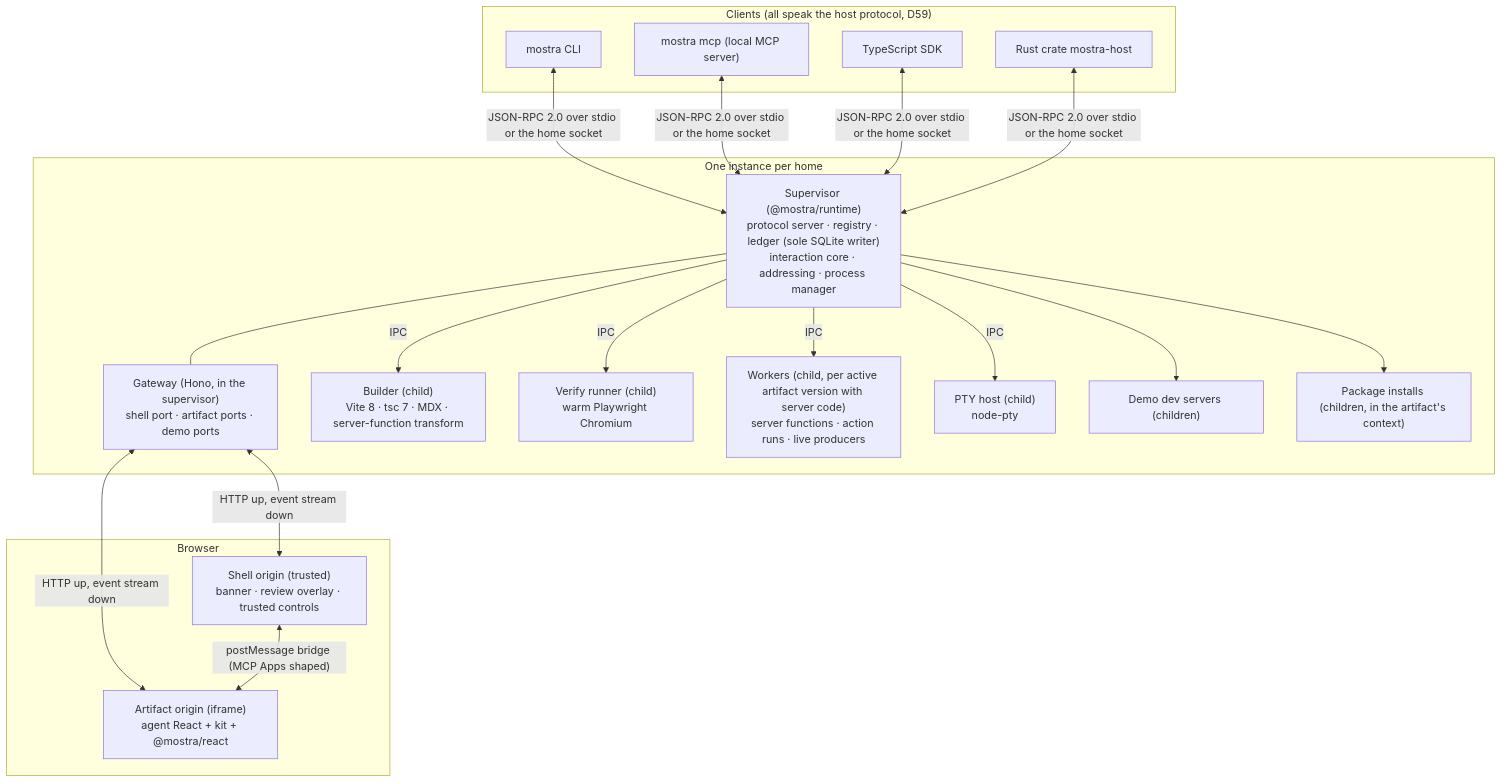
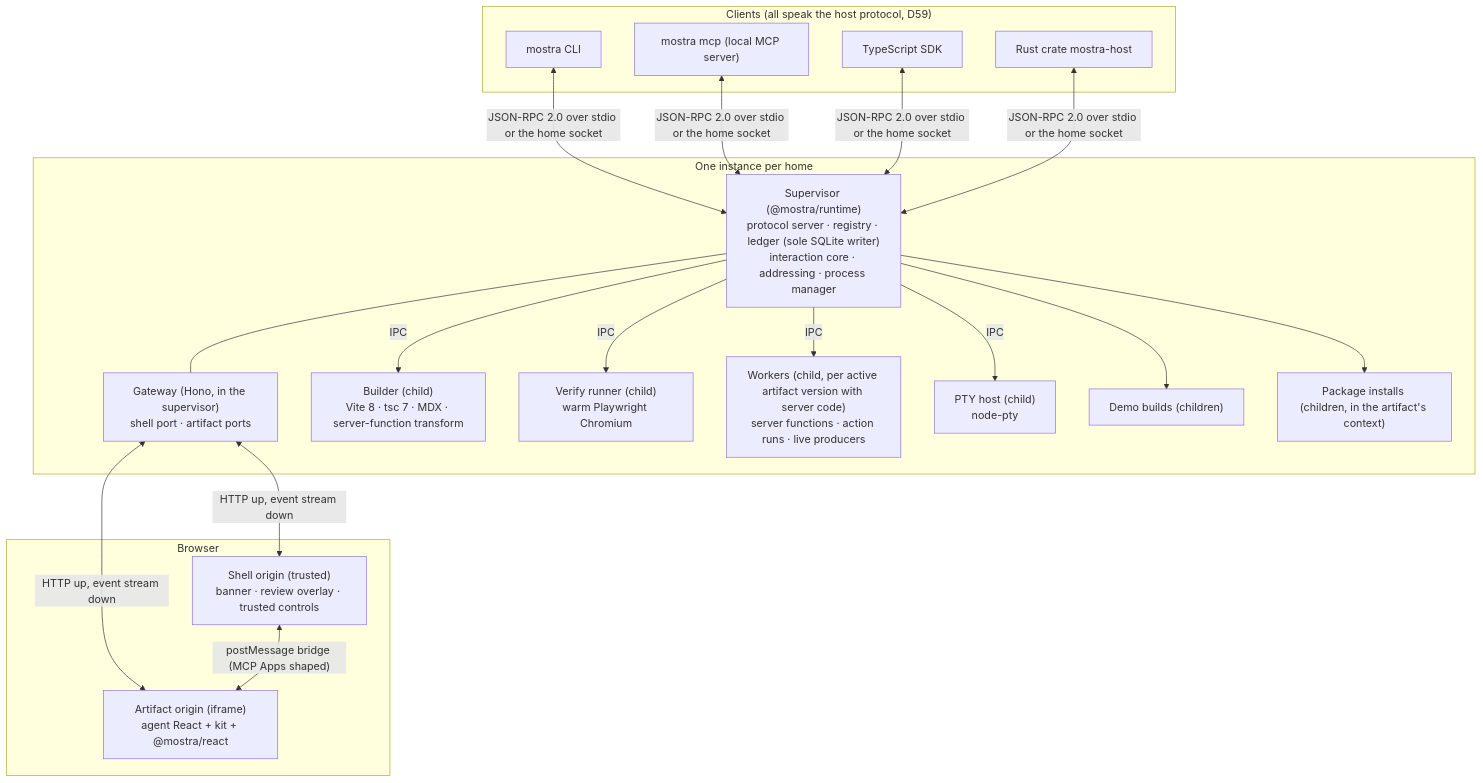
The first of 2 diagrams in docs/design/ARCHITECTURE.md (mostra-dev/mostra), drawn with Mermaid before and after one commit. The commit also changed other lines of this file and 12 other files, not shown here.

````diff
--- a/docs/design/ARCHITECTURE.md
+++ b/docs/design/ARCHITECTURE.md
@@ -15,29 +15,29 @@
 ```mermaid
 flowchart TB
   subgraph Clients["Clients (all speak the host protocol, D59)"]
     CLI["mostra CLI"]
     MCP["mostra mcp (local MCP server)"]
     SDK["TypeScript SDK"]
     RUST["Rust crate mostra-host"]
   end
   subgraph Instance["One instance per home"]
     SUP["Supervisor (@mostra/runtime)<br/>protocol server · registry · ledger (sole SQLite writer)<br/>interaction core · addressing · process manager"]
-    GW["Gateway (Hono, in the supervisor)<br/>shell port · artifact ports · demo ports"]
+    GW["Gateway (Hono, in the supervisor)<br/>shell port · artifact ports"]
     BLD["Builder (child)<br/>Vite 8 · tsc 7 · MDX · server-function transform"]
     VER["Verify runner (child)<br/>warm Playwright Chromium"]
     WRK["Workers (child, per active artifact version with server code)<br/>server functions · action runs · live producers"]
     PTY["PTY host (child)<br/>node-pty"]
-    DEMO["Demo dev servers (children)"]
+    DEMO["Demo builds (children)"]
     DEPS["Package installs (children, in the artifact's context)"]
   end
   subgraph Browser
     SHELL["Shell origin (trusted)<br/>banner · review overlay · trusted controls"]
     ART["Artifact origin (iframe)<br/>agent React + kit + @mostra/react"]
   end
   CLI & MCP & SDK & RUST <-->|"JSON-RPC 2.0 over stdio or the home socket"| SUP
   SUP --- GW
   SUP -->|IPC| BLD & VER & WRK & PTY
   SUP --> DEMO & DEPS
   GW <-->|"HTTP up, event stream down"| SHELL & ART
   SHELL <-->|"postMessage bridge (MCP Apps shaped)"| ART
 ```
````
